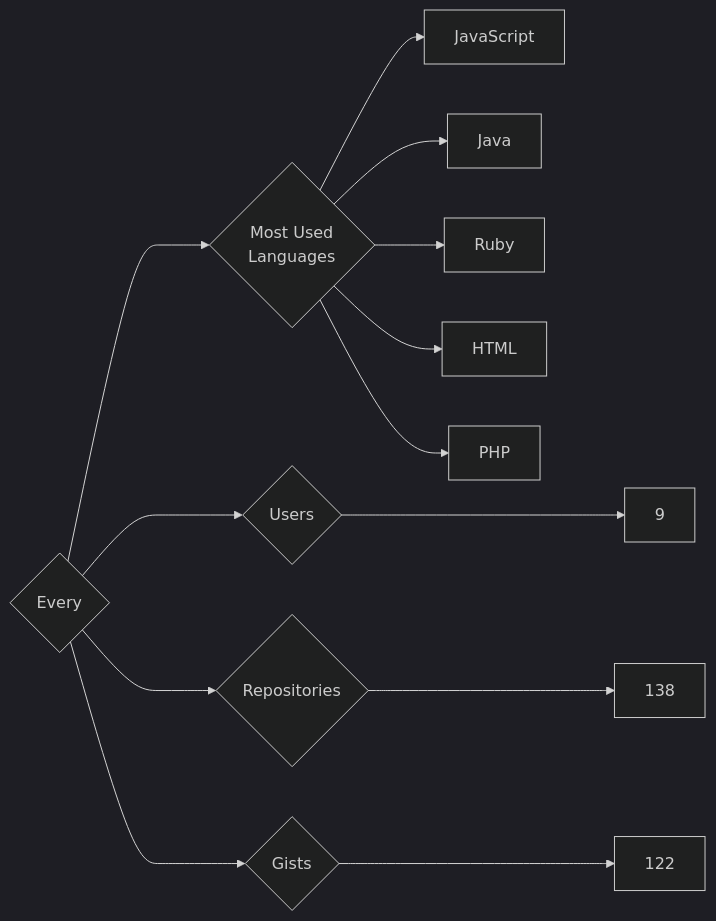
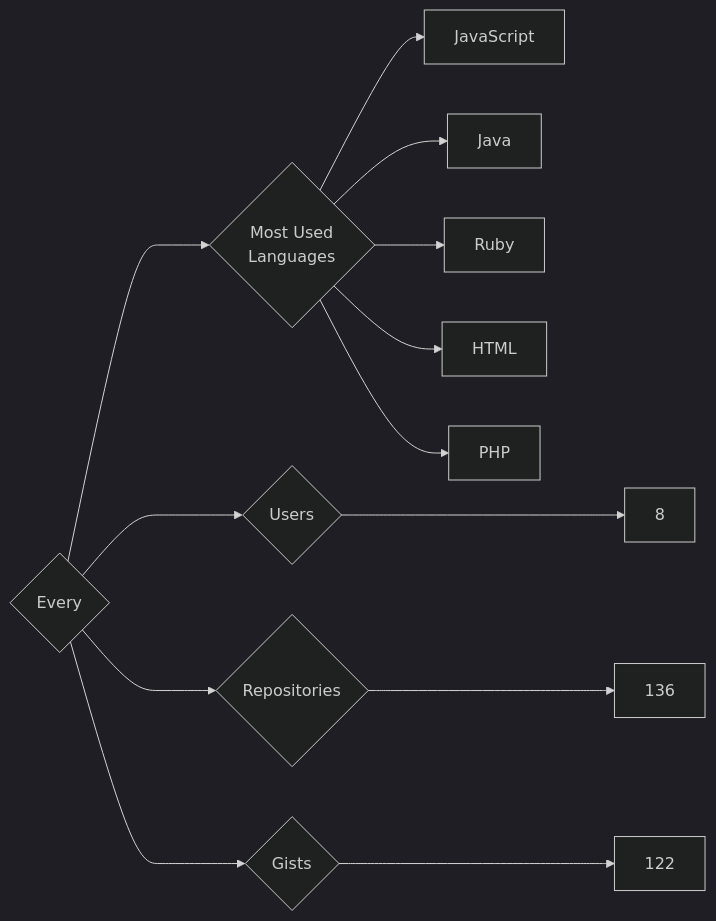
One commit to trickest/insiders changed the diagram in targets/Every/README.md. Above: the diagram before and after it, drawn with Mermaid (dark theme). The commit also changed 882 other files, not shown here.

````diff
--- a/targets/Every/README.md
+++ b/targets/Every/README.md
@@ -3,13 +3,13 @@
 ```mermaid
 graph LR
 COMPANY_NAME{Every}
-COMPANY_NAME ---> U{Users} ---> UN[9]
-COMPANY_NAME ---> R{Repositories} ---> RN[138]
+COMPANY_NAME ---> U{Users} ---> UN[8]
+COMPANY_NAME ---> R{Repositories} ---> RN[136]
 COMPANY_NAME ---> G{Gists} ---> GN[122]
 COMPANY_NAME ---> ML{Most Used<br>Languages}
 ML --> JavaScript[JavaScript]
 ML --> Java[Java]
 ML --> Ruby[Ruby]
 ML --> HTML[HTML]
 ML --> PHP[PHP]
 ```
````
